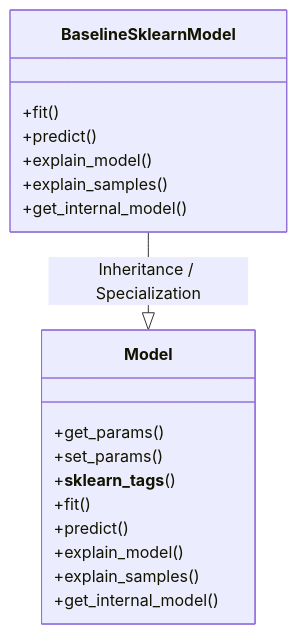
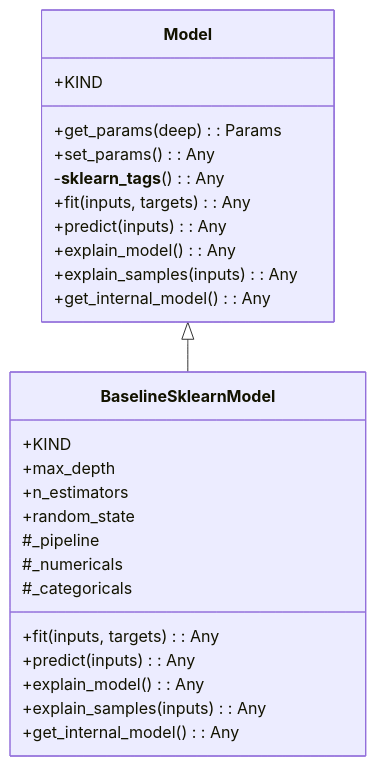
The first of 4 diagrams in openwiki/src/regression_model_template/core/models.md (lgcorzo/mlops-python-package), drawn with Mermaid before and after one commit. The commit also changed other lines of this file and 91 other files, not shown here.

````diff
--- a/openwiki/src/regression_model_template/core/models.md
+++ b/openwiki/src/regression_model_template/core/models.md
@@ -20,22 +21,29 @@
 ```mermaid
 classDiagram
-    direction BT
     class Model {
-        +get_params()
-        +set_params()
-        +__sklearn_tags__()
-        +fit()
-        +predict()
-        +explain_model()
-        +explain_samples()
-        +get_internal_model()
+        +KIND
+        +get_params(deep) : Params
+        +set_params() : Any
+        -__sklearn_tags__() : Any
+        +fit(inputs, targets) : Any
+        +predict(inputs) : Any
+        +explain_model() : Any
+        +explain_samples(inputs) : Any
+        +get_internal_model() : Any
     }
     class BaselineSklearnModel {
-        +fit()
-        +predict()
-        +explain_model()
-        +explain_samples()
-        +get_internal_model()
+        +KIND
+        +max_depth
+        +n_estimators
+        +random_state
+        #_pipeline
+        #_numericals
+        #_categoricals
+        +fit(inputs, targets) : Any
+        +predict(inputs) : Any
+        +explain_model() : Any
+        +explain_samples(inputs) : Any
+        +get_internal_model() : Any
     }
-    Model <|-- BaselineSklearnModel : Inheritance / Specialization
+    Model <|-- BaselineSklearnModel
 ```
````
